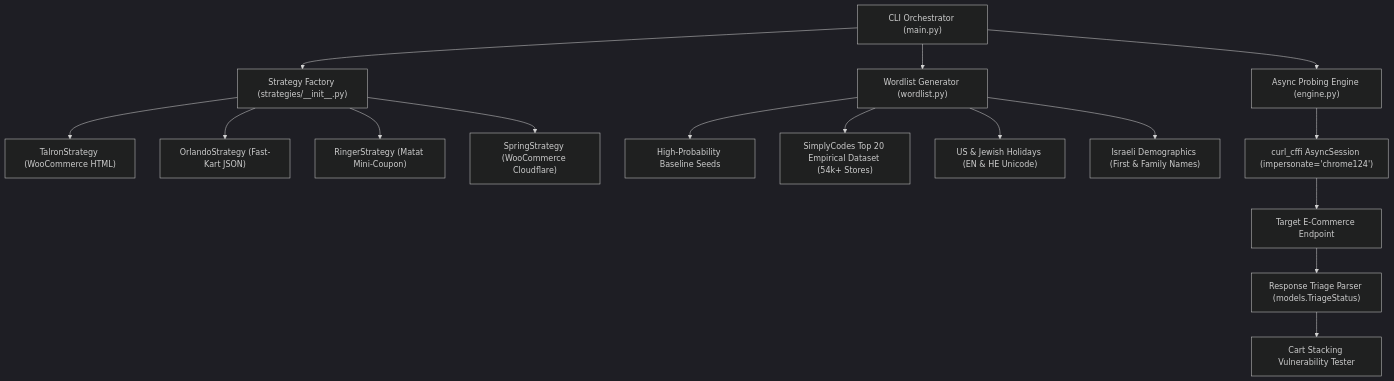
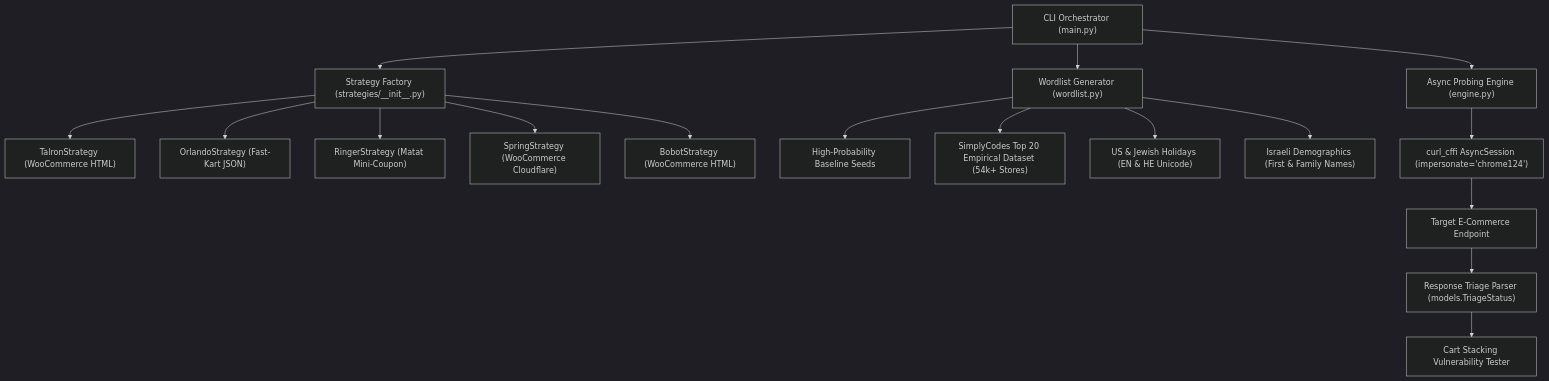
One commit to ori-demri/cucup changed the diagram in README.md. Above: the diagram before and after it, drawn with Mermaid (dark theme). The commit also changed other lines of this file and 5 other files, not shown here.

Commit message:
Add Bobot retailer strategy, unit tests, and documentation

````diff
--- a/README.md
+++ b/README.md
@@ -11,21 +11,22 @@
 ```mermaid
 graph TD
     CLI["CLI Orchestrator (main.py)"] --> Factory["Strategy Factory (strategies/__init__.py)"]
     CLI --> WLE["Wordlist Generator (wordlist.py)"]
     
     Factory --> Talron["TalronStrategy (WooCommerce HTML)"]
     Factory --> Orlando["OrlandoStrategy (Fast-Kart JSON)"]
     Factory --> Ringer["RingerStrategy (Matat Mini-Coupon)"]
     Factory --> Spring["SpringStrategy (WooCommerce Cloudflare)"]
+    Factory --> Bobot["BobotStrategy (WooCommerce HTML)"]
     
     WLE --> Seeds["High-Probability Baseline Seeds"]
     WLE --> SC["SimplyCodes Top 20 Empirical Dataset (54k+ Stores)"]
     WLE --> Holidays["US & Jewish Holidays (EN & HE Unicode)"]
     WLE --> Demographics["Israeli Demographics (First & Family Names)"]
     
     CLI --> Core["Async Probing Engine (engine.py)"]
     Core --> Impersonate["curl_cffi AsyncSession (impersonate='chrome124')"]
     Impersonate --> Target["Target E-Commerce Endpoint"]
     Target --> Triage["Response Triage Parser (models.TriageStatus)"]
     Triage --> StackTest["Cart Stacking Vulnerability Tester"]
 ```
````
